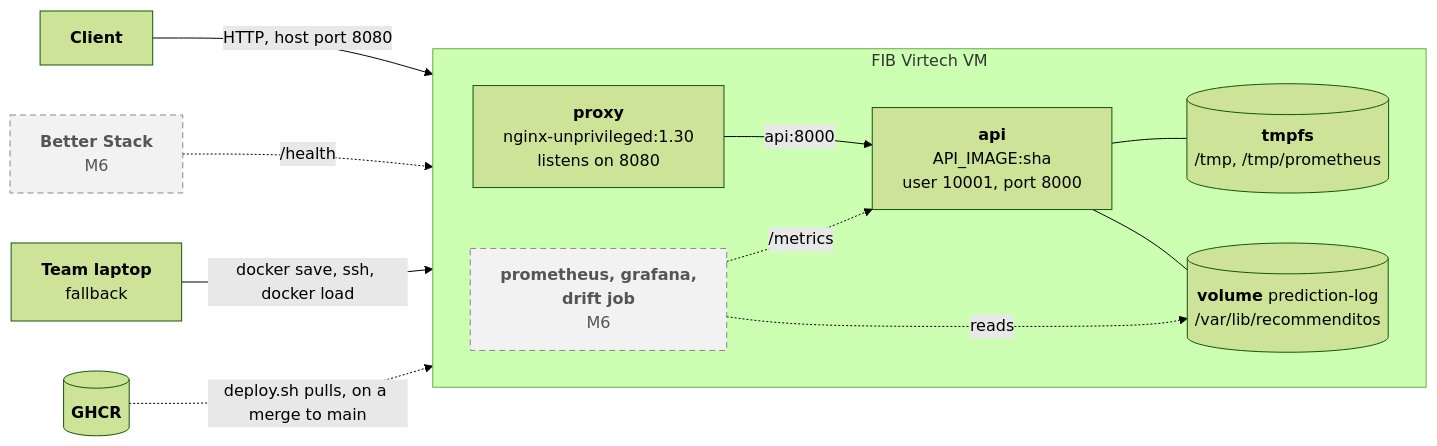
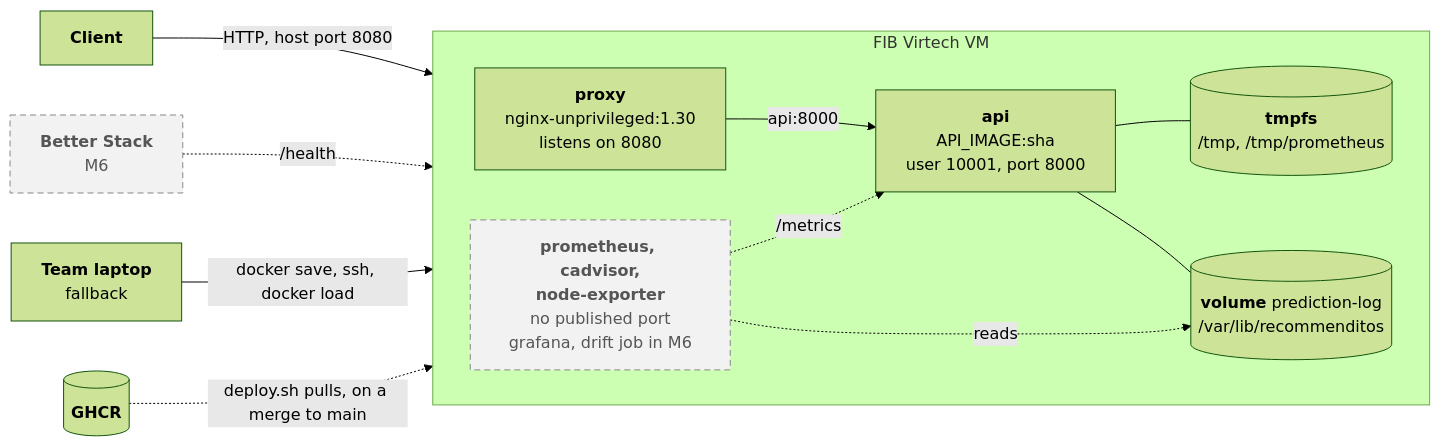
Before and after one commit to mlops-2627q1-mds-upc/MLOPS_Recommenditos: the eighth of 8 diagrams in docs/docs/architecture.md, drawn with Mermaid (forest theme). The commit also changed other lines of this file and 19 other files, not shown here.

First line of the commit message:
feat: run Prometheus, cAdvisor and node-exporter in the Compose stack (#284)

````diff
--- a/docs/docs/architecture.md
+++ b/docs/docs/architecture.md
@@ -377,29 +378,29 @@
 ```mermaid
 flowchart LR
     d_user["<b>Client</b>"]
     d_uptime["<b>Better Stack</b><br/>M6"]
     d_laptop["<b>Team laptop</b><br/>fallback"]
     d_ghcr[("<b>GHCR</b>")]
 
     subgraph d_vm["FIB Virtech VM"]
         direction LR
         d_proxyc["<b>proxy</b><br/>nginx-unprivileged:1.30<br/>listens on 8080"]
         d_apic["<b>api</b><br/>API_IMAGE:sha<br/>user 10001, port 8000"]
-        d_m6["<b>prometheus, grafana,<br/>drift job</b><br/>M6"]
+        d_m6["<b>prometheus, cadvisor,<br/>node-exporter</b><br/>no published port<br/>grafana, drift job in M6"]
         d_tmpfs[("<b>tmpfs</b><br/>/tmp, /tmp/prometheus")]
         d_vol[("<b>volume</b> prediction-log<br/>/var/lib/recommenditos")]
     end
 
     d_user -->|"HTTP, host port 8080"| d_proxyc
     d_uptime -.->|"/health"| d_proxyc
     d_laptop -->|"docker save, ssh, docker load"| d_apic
     d_ghcr -.->|"deploy.sh pulls, on a merge to main"| d_apic
     d_proxyc -->|"api:8000"| d_apic
     d_m6 -.->|"/metrics"| d_apic
     d_apic --- d_tmpfs
     d_apic --- d_vol
     d_m6 -.->|"reads"| d_vol
 
     classDef later fill:#f2f2f2,stroke:#888,color:#555,stroke-dasharray:6 4
     class d_uptime,d_m6 later
 ```
````
